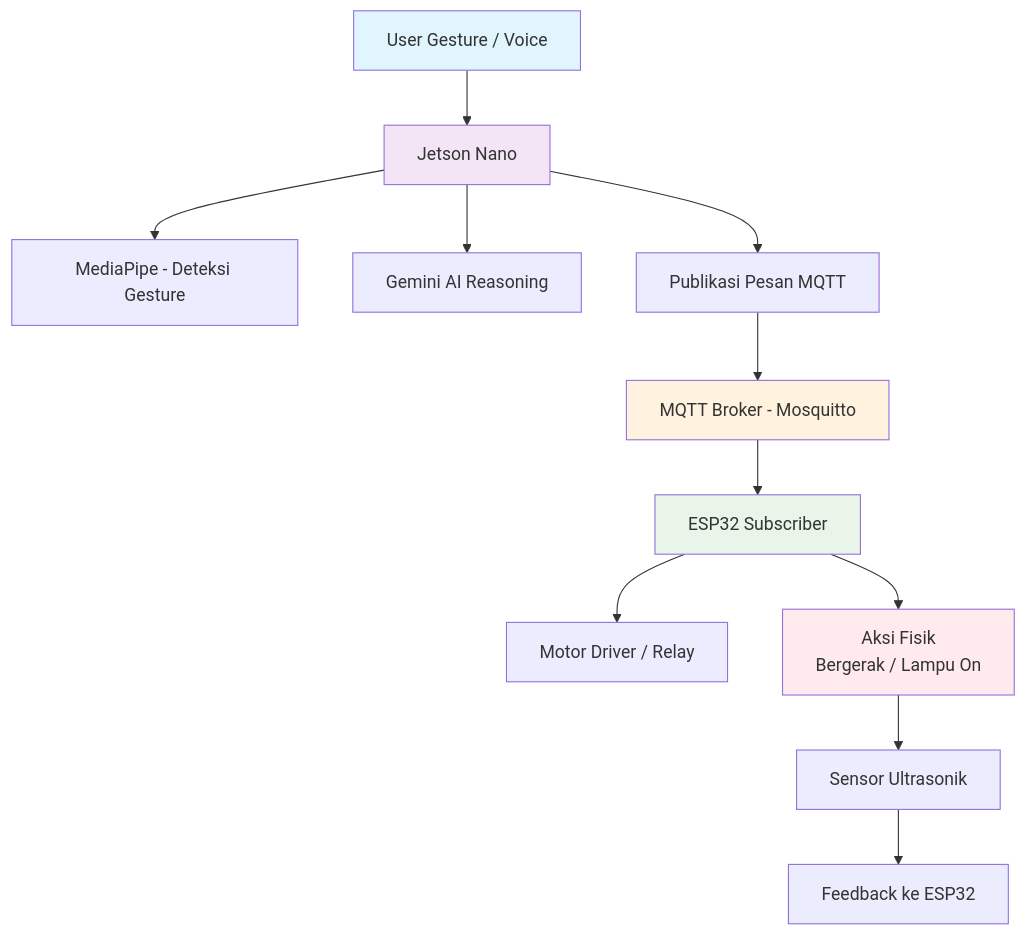
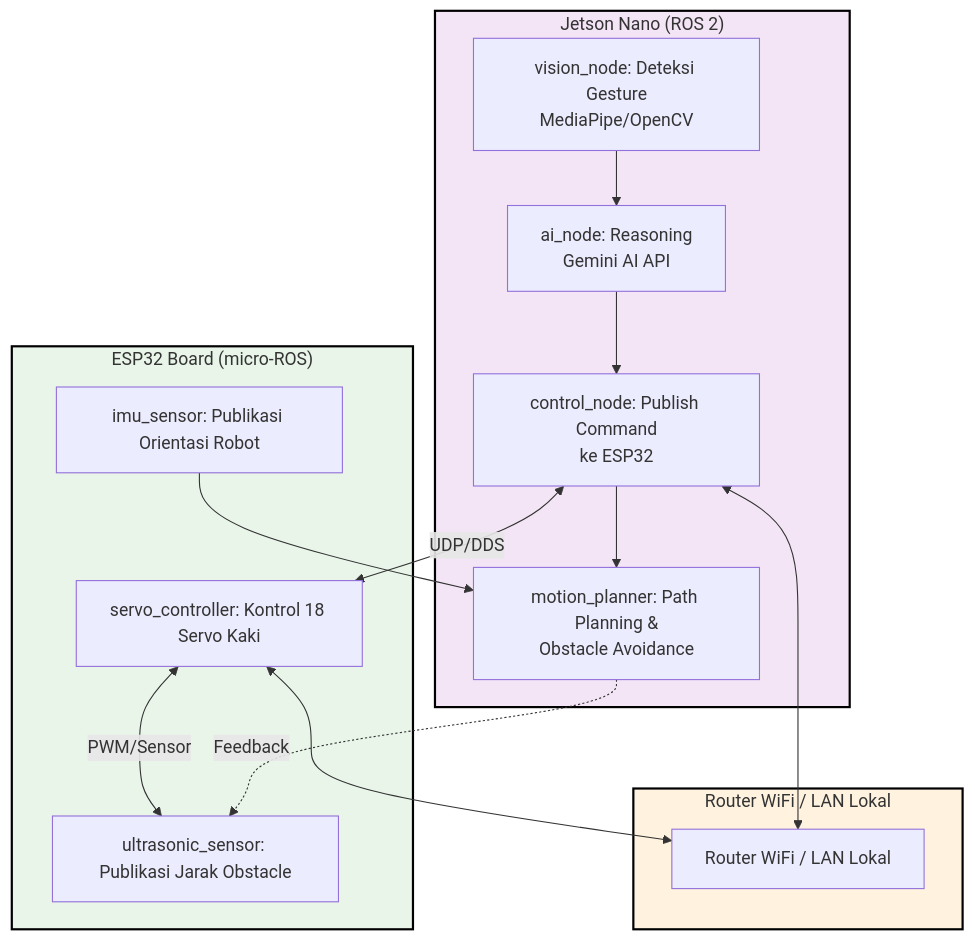
One commit to ficrammanifur/robot-autonomous-hexapod-ros2-esp32 changed the second of 2 diagrams in README.md. Above: the diagram before and after it, drawn with Mermaid. The commit also changed other lines of this file, not shown here.

````diff
--- a/README.md
+++ b/README.md
@@ -133,19 +189,34 @@
 ```mermaid
-flowchart TD
-    A[User Gesture / Voice] --> B[Jetson Nano]
-    B --> C[MediaPipe - Deteksi Gesture]
-    B --> D[Gemini AI Reasoning]
-    B --> E[Publikasi Pesan MQTT]
-    E --> F[MQTT Broker - Mosquitto]
-    F --> G[ESP32 Subscriber]
-    G --> H[Motor Driver / Relay]
-    G --> I[Aksi Fisik <br/> Bergerak / Lampu On]
-    I --> J[Sensor Ultrasonik]
-    J --> K[Feedback ke ESP32]
+graph TD
+    subgraph Jetson ["Jetson Nano (ROS 2)"]
+        JN1[vision_node: Deteksi Gesture<br/>MediaPipe/OpenCV]
+        JN2[ai_node: Reasoning<br/>Gemini AI API]
+        JN3[control_node: Publish Command<br/>ke ESP32]
+        JN4[motion_planner: Path Planning &<br/>Obstacle Avoidance]
+    end
+    subgraph ESP32 ["ESP32 Board (micro-ROS)"]
+        E1[servo_controller: Kontrol 18 Servo Kaki]
+        E2[ultrasonic_sensor: Publikasi Jarak Obstacle]
+        E3[imu_sensor: Publikasi Orientasi Robot]
+    end
+    subgraph Network ["Router WiFi / LAN Lokal"]
+        N1[Router WiFi / LAN Lokal]
+    end
     
-    style A fill:#e1f5fe
-    style B fill:#f3e5f5
-    style F fill:#fff3e0
-    style G fill:#e8f5e8
-    style I fill:#ffebee
+    JN1 --> JN2
+    JN2 --> JN3
+    JN3 --> JN4
+    JN4 -.->|Feedback| E2
+    JN3 <-->|UDP/DDS| E1
+    E1 <-->|PWM/Sensor| E2
+    E3 --> JN4
+    JN3 <--> N1
+    E1 <--> N1
+    
+    classDef jetson fill:#f3e5f5,stroke:#000,stroke-width:2px
+    classDef esp32 fill:#e8f5e8,stroke:#000,stroke-width:2px
+    classDef network fill:#fff3e0,stroke:#000,stroke-width:2px
+    class Jetson jetson
+    class ESP32 esp32
+    class Network network
 ```
````
